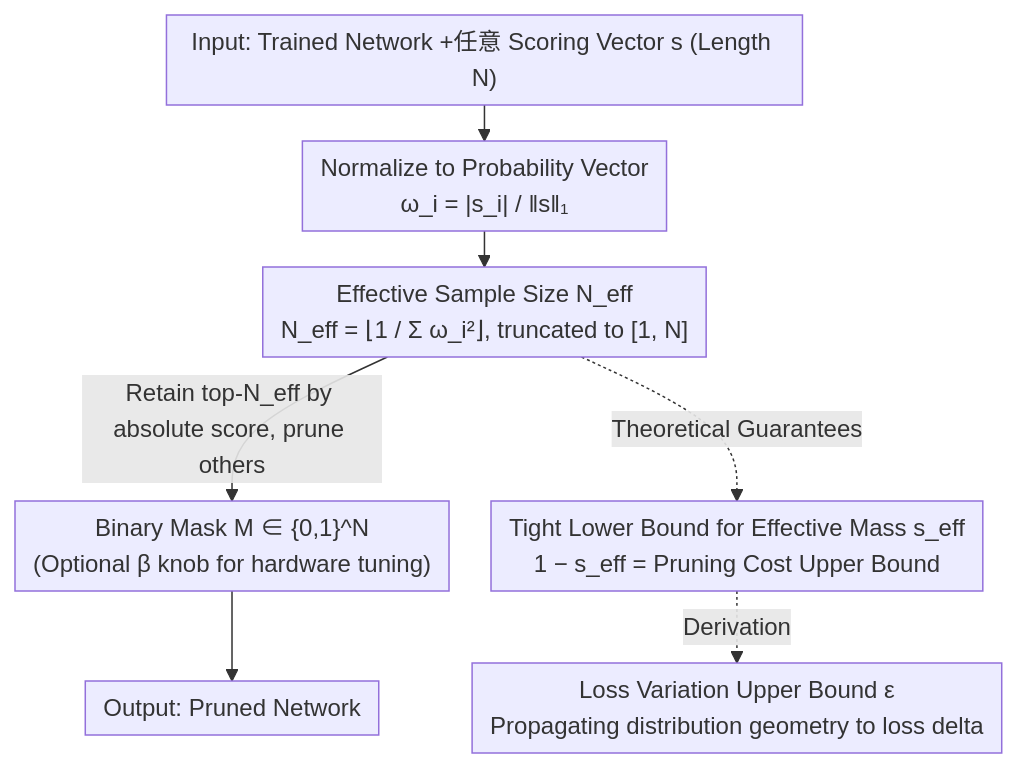
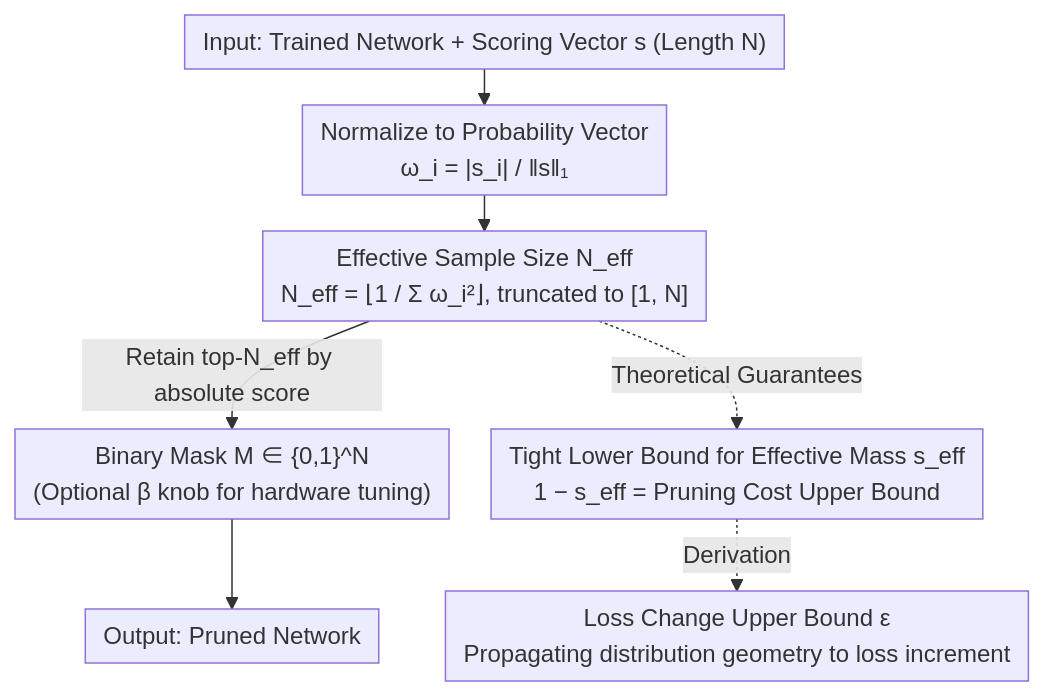
The diagram in docs/ICML2026/model_compression/effective_model_pruning_measure_the_redundancy_of_model_components.md (zhaoyang97/Paper-Notes-en), drawn with Mermaid before and after one commit. The commit also changed other lines of this file and 5084 other files, not shown here.

````diff
--- a/docs/ICML2026/model_compression/effective_model_pruning_measure_the_redundancy_of_model_components.md
+++ b/docs/ICML2026/model_compression/effective_model_pruning_measure_the_redundancy_of_model_components.md
@@ -42,10 +42,10 @@
 ```mermaid
 %%{init: {'flowchart': {'rankSpacing': 24, 'nodeSpacing': 28, 'padding': 6, 'wrappingWidth': 400}}}%%
 flowchart TD
-    A["Input: Trained Network +任意 Scoring Vector s (Length N)"] --> B["Normalize to Probability Vector<br/>ω_i = |s_i| / ‖s‖₁"]
+    A["Input: Trained Network + Scoring Vector s (Length N)"] --> B["Normalize to Probability Vector<br/>ω_i = |s_i| / ‖s‖₁"]
     B --> C["Effective Sample Size N_eff<br/>N_eff = ⌊1 / Σ ω_i²⌋, truncated to [1, N]"]
-    C -->|"Retain top-N_eff by absolute score, prune others"| D["Binary Mask M ∈ {0,1}^N<br/>(Optional β knob for hardware tuning)"]
+    C -->|"Retain top-N_eff by absolute score"| D["Binary Mask M ∈ {0,1}^N<br/>(Optional β knob for hardware tuning)"]
     D --> E["Output: Pruned Network"]
     C -.Theoretical Guarantees.-> F["Tight Lower Bound for Effective Mass s_eff<br/>1 − s_eff = Pruning Cost Upper Bound"]
-    F -.Derivation.-> G["Loss Variation Upper Bound ε<br/>Propagating distribution geometry to loss delta"]
+    F -.Derivation.-> G["Loss Change Upper Bound ε<br/>Propagating distribution geometry to loss increment"]
 ```
````
